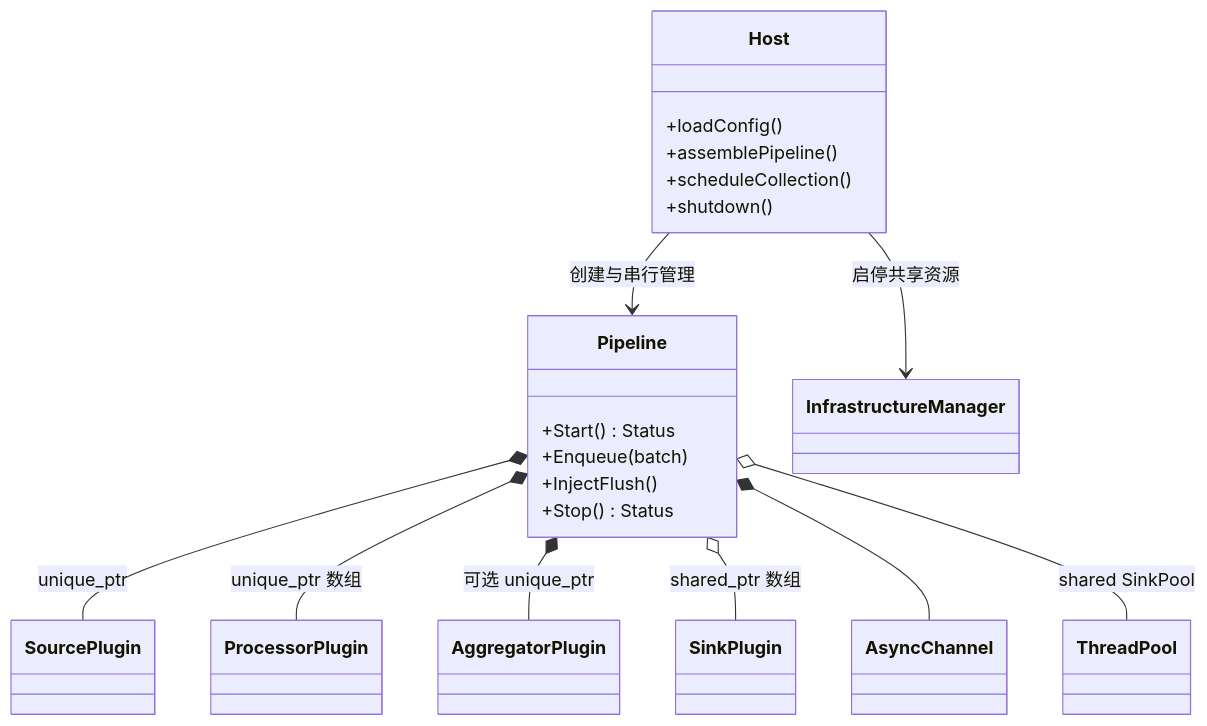
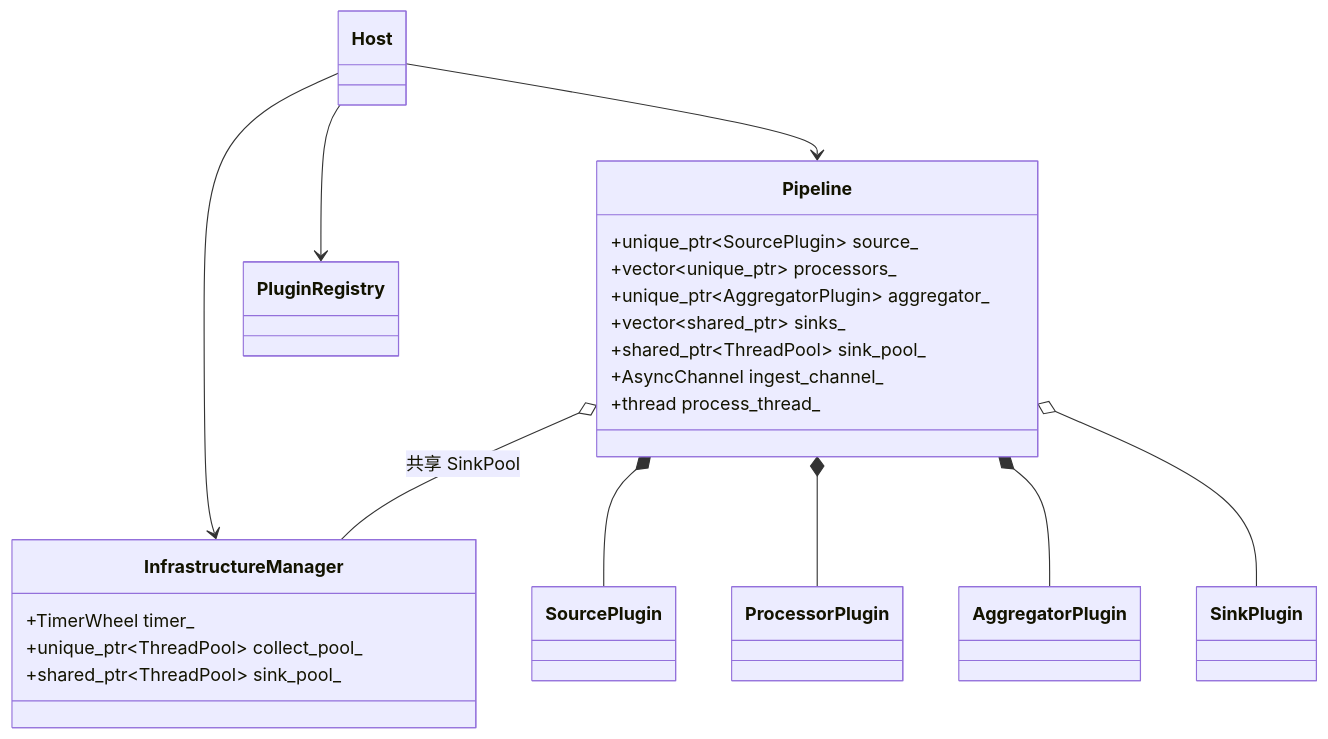
The third of 4 diagrams in docs/document/撰修司/illuminator性能监控平台/设计方案/01-overall-architecture.md (Franch-Toast/Scriptorium), drawn with Mermaid before and after one commit. The commit also changed other lines of this file and 20 other files, not shown here.

````diff
--- a/docs/document/撰修司/illuminator性能监控平台/设计方案/01-overall-architecture.md
+++ b/docs/document/撰修司/illuminator性能监控平台/设计方案/01-overall-architecture.md
@@ -88,31 +180,28 @@
 ```mermaid
 %%{init: {"class":{"useMaxWidth":false},"state":{"useMaxWidth":false}}}%%
 classDiagram
-    class Host {
-        +loadConfig()
-        +assemblePipeline()
-        +scheduleCollection()
-        +shutdown()
+    class Host
+    class InfrastructureManager {
+        +TimerWheel timer_
+        +unique_ptr~ThreadPool~ collect_pool_
+        +shared_ptr~ThreadPool~ sink_pool_
     }
     class Pipeline {
-        +Start() Status
-        +Enqueue(batch)
-        +InjectFlush()
-        +Stop() Status
+        +unique_ptr~SourcePlugin~ source_
+        +vector~unique_ptr~ processors_
+        +unique_ptr~AggregatorPlugin~ aggregator_
+        +vector~shared_ptr~ sinks_
+        +shared_ptr~ThreadPool~ sink_pool_
+        +AsyncChannel ingest_channel_
+        +thread process_thread_
     }
-    class InfrastructureManager
-    class SourcePlugin
-    class ProcessorPlugin
-    class AggregatorPlugin
-    class SinkPlugin
-    class AsyncChannel
-    class ThreadPool
-    Host --> Pipeline : 创建与串行管理
-    Host --> InfrastructureManager : 启停共享资源
-    Pipeline *-- SourcePlugin : unique_ptr
-    Pipeline *-- ProcessorPlugin : unique_ptr 数组
-    Pipeline *-- AggregatorPlugin : 可选 unique_ptr
-    Pipeline o-- SinkPlugin : shared_ptr 数组
-    Pipeline *-- AsyncChannel
-    Pipeline o-- ThreadPool : shared SinkPool
+    class PluginRegistry
+    Host --> InfrastructureManager
+    Host --> Pipeline
+    Host --> PluginRegistry
+    Pipeline o-- InfrastructureManager : 共享 SinkPool
+    Pipeline *-- SourcePlugin
+    Pipeline *-- ProcessorPlugin
+    Pipeline *-- AggregatorPlugin
+    Pipeline o-- SinkPlugin
 ```
````
